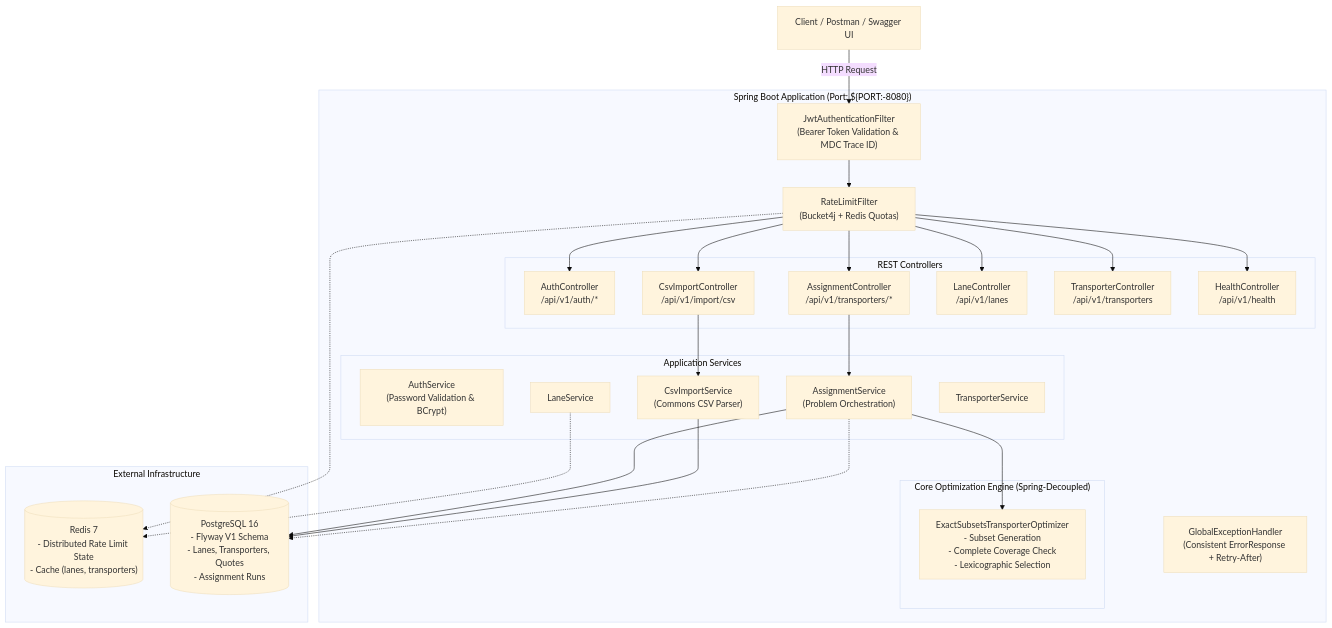
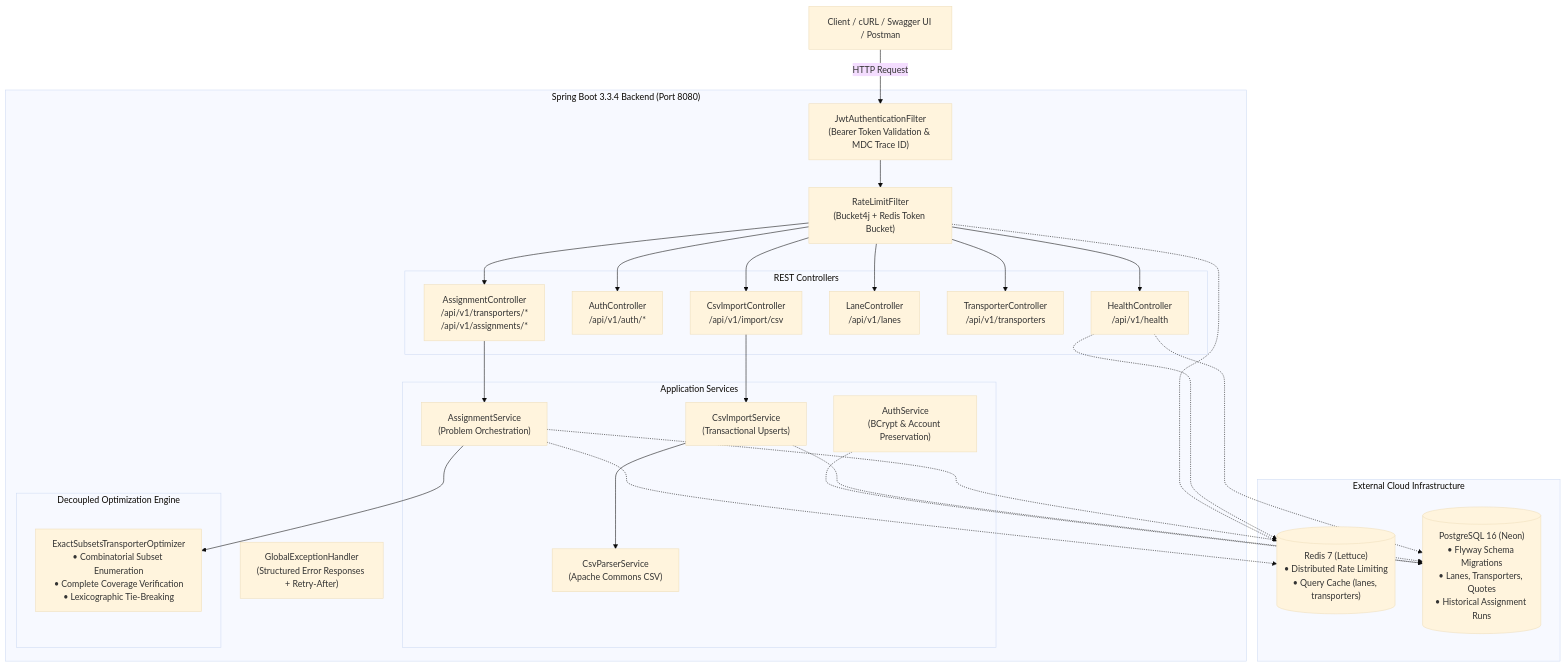
The first of 2 diagrams in README.md (harshsingh910/freightfox-transporter-assignment), drawn with Mermaid (base theme) before and after one commit. The commit also changed other lines of this file and 1 other file, not shown here.

````diff
--- a/README.md
+++ b/README.md
@@ -106,57 +94,58 @@
 ```mermaid
 graph TD
-    Client["Client / Postman / Swagger UI"]
-    
-    subgraph "Spring Boot Application (Port: ${PORT:-8080})"
+    Client["Client / cURL / Swagger UI / Postman"]
+
+    subgraph "Spring Boot 3.3.4 Backend (Port 8080)"
         Security["JwtAuthenticationFilter<br/>(Bearer Token Validation & MDC Trace ID)"]
-        RateLimiter["RateLimitFilter<br/>(Bucket4j + Redis Quotas)"]
-        
+        RateLimiter["RateLimitFilter<br/>(Bucket4j + Redis Token Bucket)"]
+
         subgraph "REST Controllers"
-            AuthController["AuthController<br/>/api/v1/auth/*"]
-            AssignmentController["AssignmentController<br/>/api/v1/transporters/*"]
-            CsvController["CsvImportController<br/>/api/v1/import/csv"]
-            LaneController["LaneController<br/>/api/v1/lanes"]
-            TransporterController["TransporterController<br/>/api/v1/transporters"]
-            HealthController["HealthController<br/>/api/v1/health"]
-        end
-        
-        subgraph "Application Services"
-            AuthService["AuthService<br/>(Password Validation & BCrypt)"]
-            AssignmentService["AssignmentService<br/>(Problem Orchestration)"]
-            CsvImportService["CsvImportService<br/>(Commons CSV Parser)"]
-            LaneService["LaneService"]
-            TransporterService["TransporterService"]
+            HealthCtrl["HealthController<br/>/api/v1/health"]
+            AuthCtrl["AuthController<br/>/api/v1/auth/*"]
+            CsvCtrl["CsvImportController<br/>/api/v1/import/csv"]
+            LaneCtrl["LaneController<br/>/api/v1/lanes"]
+            TransCtrl["TransporterController<br/>/api/v1/transporters"]
+            AssignCtrl["AssignmentController<br/>/api/v1/transporters/*<br/>/api/v1/assignments/*"]
         end
 
-        subgraph "Core Optimization Engine (Spring-Decoupled)"
-            Optimizer["ExactSubsetsTransporterOptimizer<br/>- Subset Generation<br/>- Complete Coverage Check<br/>- Lexicographic Selection"]
+        subgraph "Application Services"
+            AuthService["AuthService<br/>(BCrypt & Account Preservation)"]
+            CsvParser["CsvParserService<br/>(Apache Commons CSV)"]
+            CsvImport["CsvImportService<br/>(Transactional Upserts)"]
+            AssignService["AssignmentService<br/>(Problem Orchestration)"]
         end
-        
-        GlobalException["GlobalExceptionHandler<br/>(Consistent ErrorResponse + Retry-After)"]
+
+        subgraph "Decoupled Optimization Engine"
+            Optimizer["ExactSubsetsTransporterOptimizer<br/>• Combinatorial Subset Enumeration<br/>• Complete Coverage Verification<br/>• Lexicographic Tie-Breaking"]
+        end
+
+        GlobalEx["GlobalExceptionHandler<br/>(Structured Error Responses + Retry-After)"]
     end
-    
-    subgraph "External Infrastructure"
-        Redis[("Redis 7<br/>- Distributed Rate Limit State<br/>- Cache (lanes, transporters)")]
-        Postgres[("PostgreSQL 16<br/>- Flyway V1 Schema<br/>- Lanes, Transporters, Quotes<br/>- Assignment Runs")]
+
+    subgraph "External Cloud Infrastructure"
+        RedisServer[("Redis 7 (Lettuce)<br/>• Distributed Rate Limiting<br/>• Query Cache (lanes, transporters)")]
+        PostgresDB[("PostgreSQL 16 (Neon)<br/>• Flyway Schema Migrations<br/>• Lanes, Transporters, Quotes<br/>• Historical Assignment Runs")]
     end
 
     Client -->|HTTP Request| Security
     Security --> RateLimiter
-    RateLimiter --> AuthController
-    RateLimiter --> AssignmentController
-    RateLimiter --> CsvController
-    RateLimiter --> LaneController
-    RateLimiter --> TransporterController
-    RateLimiter --> HealthController
-    
-    AssignmentController --> AssignmentService
-    AssignmentService --> Optimizer
-    AssignmentService --> Postgres
-    
-    CsvController --> CsvImportService
-    CsvImportService --> Postgres
-    
-    RateLimiter -.-> Redis
-    LaneService -.-> Redis
-    AssignmentService -.-> Postgres
+    RateLimiter --> HealthCtrl
+    RateLimiter --> AuthCtrl
+    RateLimiter --> CsvCtrl
+    RateLimiter --> LaneCtrl
+    RateLimiter --> TransCtrl
+    RateLimiter --> AssignCtrl
+
+    CsvCtrl --> CsvImport
+    CsvImport --> CsvParser
+    AssignCtrl --> AssignService
+    AssignService --> Optimizer
+
+    AuthService -.-> PostgresDB
+    CsvImport -.-> PostgresDB
+    AssignService -.-> PostgresDB
+    AssignService -.-> RedisServer
+    RateLimiter -.-> RedisServer
+    HealthCtrl -.-> PostgresDB
+    HealthCtrl -.-> RedisServer
 ```
````
